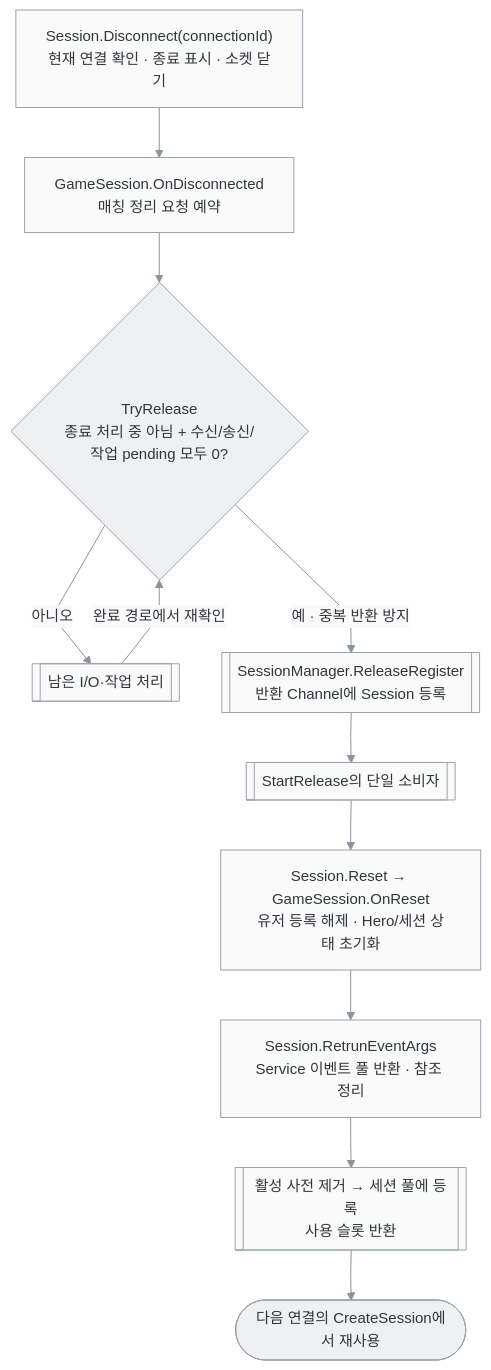
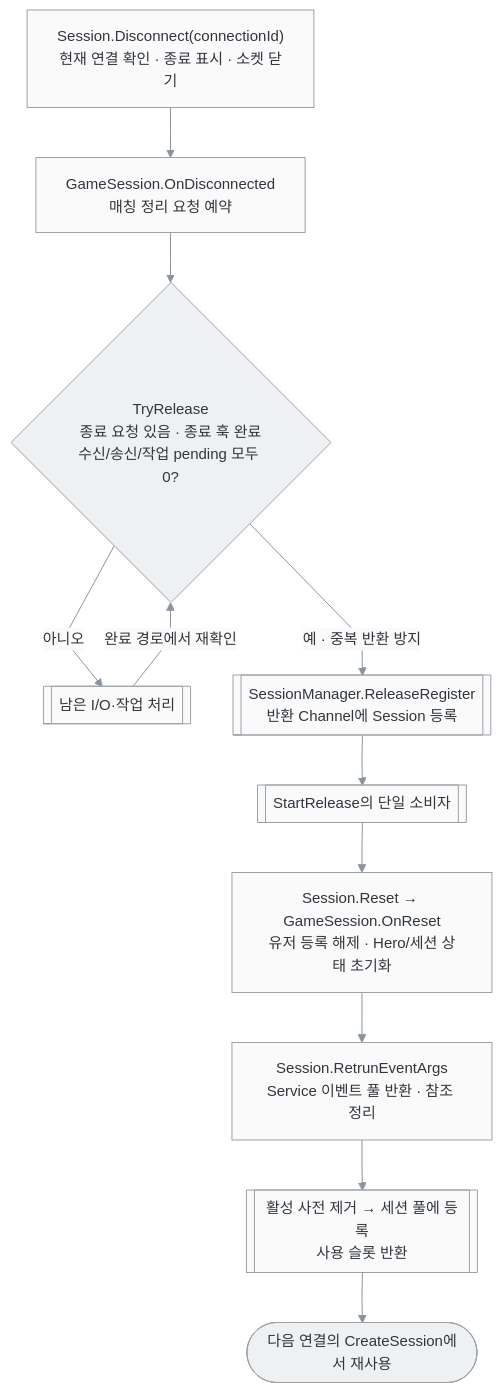
The sixth of 7 diagrams in docs/SERVER_ARCHITECTURE.md (GodDongjin/CSharpServer_Portfolio), drawn with Mermaid before and after one commit. The commit also changed other lines of this file, not shown here.

Commit message:
docs: align architecture diagrams with actual call order and lifecycle

````diff
--- a/docs/SERVER_ARCHITECTURE.md
+++ b/docs/SERVER_ARCHITECTURE.md
@@ -201,27 +204,27 @@
 ```mermaid
 %%{init: {"theme": "base", "themeVariables": {"fontFamily": "Segoe UI, Malgun Gothic, sans-serif", "fontSize": "15px", "primaryColor": "#fafafa", "primaryTextColor": "#30363d", "primaryBorderColor": "#8b949e", "lineColor": "#8b949e", "secondaryColor": "#f2f3f4", "tertiaryColor": "#fafafa", "textColor": "#30363d", "actorBkg": "#f6f7f8", "actorBorder": "#8b949e", "actorTextColor": "#30363d", "signalColor": "#8b949e", "signalTextColor": "#30363d", "noteBkgColor": "#f6f7f8", "noteTextColor": "#30363d", "noteBorderColor": "#8b949e", "labelBoxBkgColor": "#f6f7f8", "labelTextColor": "#30363d", "clusterBkg": "#f6f7f8", "clusterBorder": "#c5cbd1", "edgeLabelBackground": "#fafafa", "activationBkgColor": "#e6e8eb", "activationBorderColor": "#8b949e", "sequenceNumberColor": "#ffffff"}, "flowchart": {"curve": "linear", "nodeSpacing": 35, "rankSpacing": 50}, "sequence": {"mirrorActors": false, "actorMargin": 35, "messageMargin": 30}}}%%
 flowchart TD
     D["Session.Disconnect(connectionId)<br/>현재 연결 확인 · 종료 표시 · 소켓 닫기"]
     D --> Hook["GameSession.OnDisconnected<br/>매칭 정리 요청 예약"]
-    Hook --> Check{"TryRelease<br/>종료 처리 중 아님 + 수신/송신/작업 pending 모두 0?"}
+    Hook --> Check{"TryRelease<br/>종료 요청 있음 · 종료 훅 완료<br/>수신/송신/작업 pending 모두 0?"}
     Check -->|아니오| Pending[["남은 I/O·작업 처리"]]
     Pending -->|완료 경로에서 재확인| Check
     Check -->|예 · 중복 반환 방지| Register[["SessionManager.ReleaseRegister<br/>반환 Channel에 Session 등록"]]
     Register --> Worker[["StartRelease의 단일 소비자"]]
     Worker --> Reset["Session.Reset → GameSession.OnReset<br/>유저 등록 해제 · Hero/세션 상태 초기화"]
     Reset --> Event["Session.RetrunEventArgs<br/>Service 이벤트 풀 반환 · 참조 정리"]
     Event --> Pool[["활성 사전 제거 → 세션 풀에 등록<br/>사용 슬롯 반환"]]
     Pool --> Next(["다음 연결의 CreateSession에서 재사용"])
     classDef network fill:#fafafa,stroke:#9aa2aa,color:#30363d,stroke-width:1px
     classDef game fill:#fafafa,stroke:#9aa2aa,color:#30363d,stroke-width:1px
     classDef storage fill:#fafafa,stroke:#9aa2aa,color:#30363d,stroke-width:1px
     classDef queue fill:#fafafa,stroke:#9aa2aa,color:#30363d,stroke-width:1px
     classDef decision fill:#eef0f2,stroke:#9aa2aa,color:#30363d,stroke-width:1px
     classDef error fill:#fafafa,stroke:#9aa2aa,color:#30363d,stroke-width:1px
     classDef terminal fill:#eef0f2,stroke:#9aa2aa,color:#30363d,stroke-width:1px
     class D,Event network
     class Hook,Reset game
     class Pending,Register,Worker,Pool queue
     class Check decision
     class Next terminal
 ```
````
